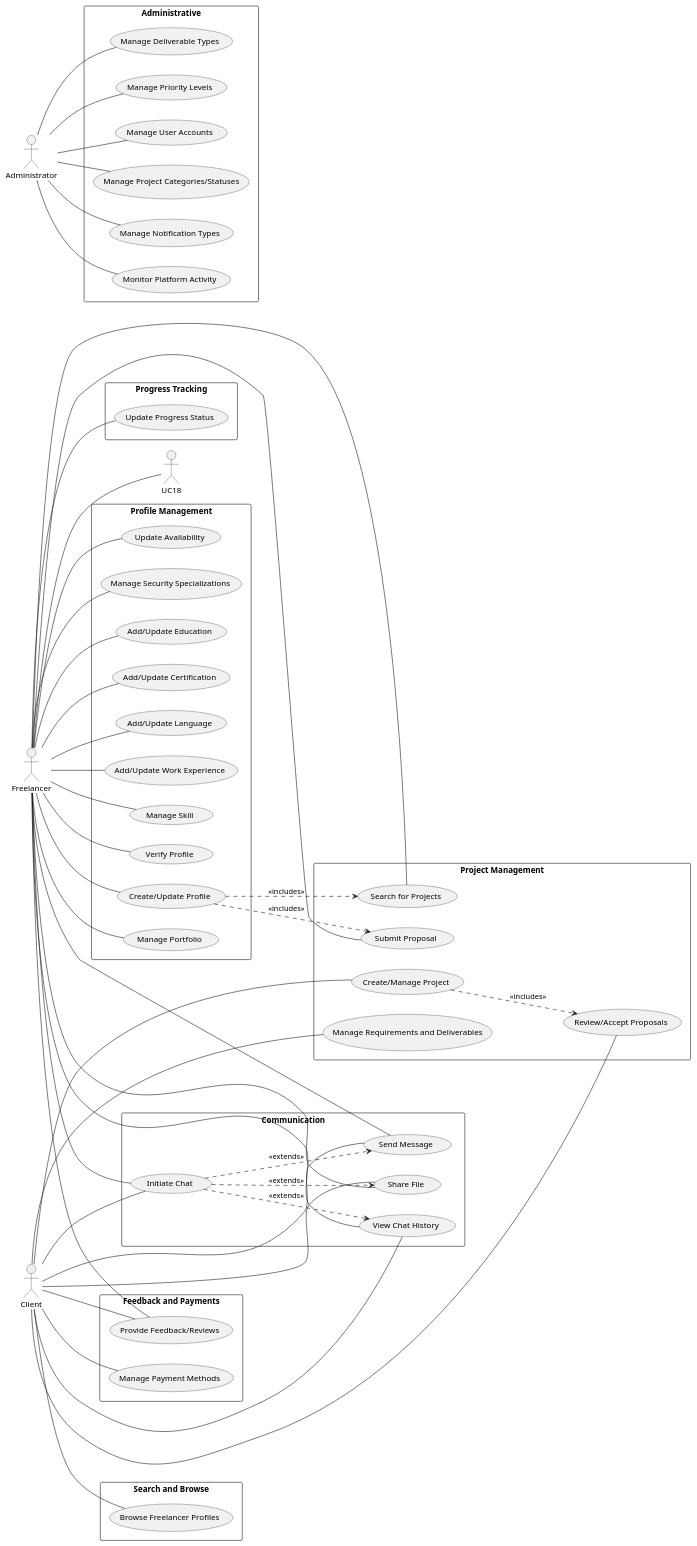
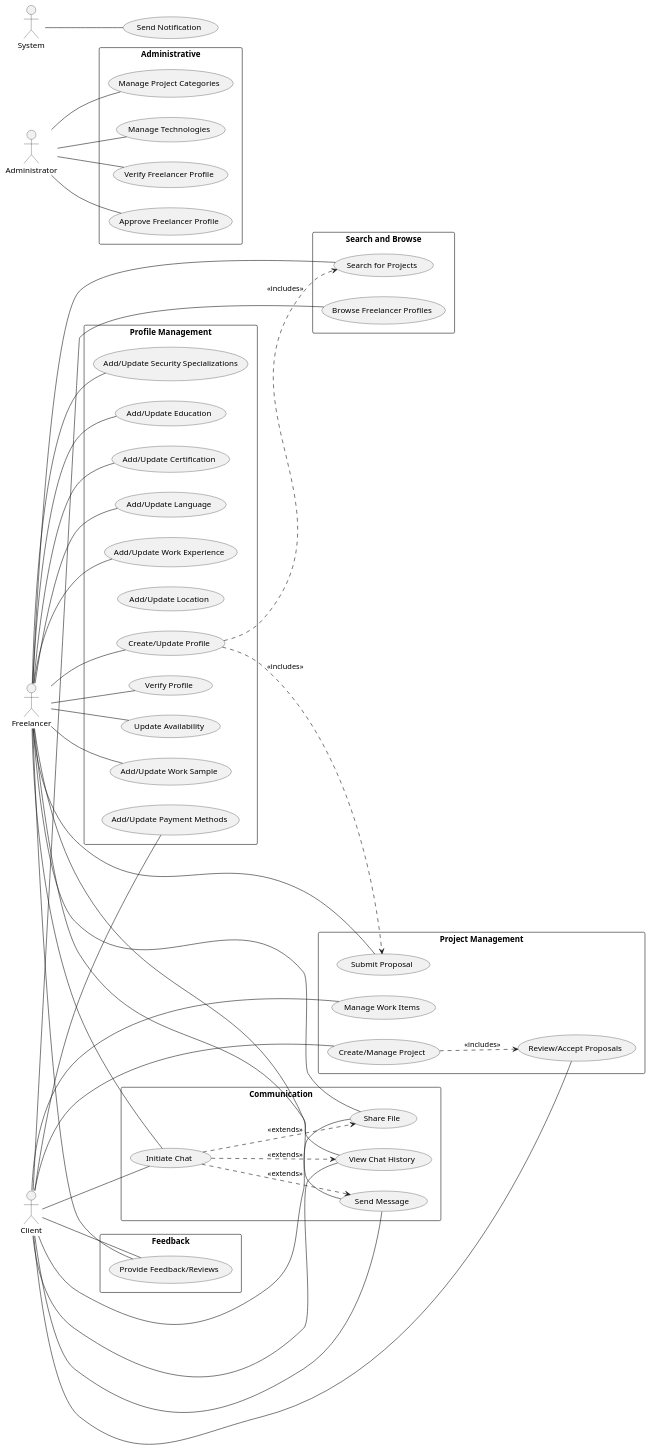
The diagram in docs/casosdeuso.puml (lucasneiva/armoredcode), drawn with PlantUML before and after one commit. The commit also changed 1 other file, not shown here.

```diff
--- a/docs/casosdeuso.puml
+++ b/docs/casosdeuso.puml
@@ -1,104 +1,98 @@
-@startuml
+@startuml teste
+
 left to right direction
 
 actor Freelancer
 actor Client
 actor Administrator
+actor System
+
+usecase "Send Notification" as UC44
+
+System -- UC44 
 
 rectangle "Profile Management" {
   usecase "Create/Update Profile" as UC1
-  usecase "Manage Portfolio" as UC2
+  usecase "Verify Profile" as UC31
   usecase "Update Availability" as UC3
-  usecase "Manage Security Specializations" as UC4
+  usecase "Add/Update Work Sample" as UC2
+  usecase "Add/Update Security Specializations" as UC4
+  usecase "Add/Update Location"
   usecase "Add/Update Education" as UC26
   usecase "Add/Update Certification" as UC27
   usecase "Add/Update Language" as UC28
   usecase "Add/Update Work Experience" as UC29
-  usecase "Manage Skill" as UC30
-  usecase "Verify Profile" as UC31
+  usecase "Add/Update Payment Methods" as UC20
 }
 
 rectangle "Project Management" {
-  usecase "Search for Projects" as UC5
   usecase "Submit Proposal" as UC6
   usecase "Create/Manage Project" as UC7
-  usecase "Manage Requirements and Deliverables" as UC8
+  usecase "Manage Work Items" as UC8
   usecase "Review/Accept Proposals" as UC9
 }
 
 rectangle "Communication" {
   usecase "Initiate Chat" as UC10
   usecase "Send Message" as UC11
   usecase "Share File" as UC12
   usecase "View Chat History" as UC13
 }
 
-rectangle "Progress Tracking" {
-  usecase "Update Progress Status" as UC14
-}
-
-rectangle "Feedback and Payments" {
+rectangle "Feedback" {
   usecase "Provide Feedback/Reviews" as UC17
-  usecase "Manage Payment Methods" as UC20
 }
 
 rectangle "Administrative" {
-  usecase "Manage Deliverable Types" as UC32
-  usecase "Manage Priority Levels" as UC33
-  usecase "Manage User Accounts" as UC21
-  usecase "Manage Project Categories/Statuses" as UC22
-  usecase "Manage Notification Types" as UC23
-  usecase "Monitor Platform Activity" as UC24
+  usecase "Manage Project Categories" as UC22
+  usecase "Manage Technologies" as UC33
+  usecase "Verify Freelancer Profile" as UC34
+  usecase "Approve Freelancer Profile" as UC35
 }
 
 rectangle "Search and Browse" {
   usecase "Search for Projects" as UC5
   usecase "Browse Freelancer Profiles" as UC25
 }
 
 Freelancer -- UC1
 Freelancer -- UC2
 Freelancer -- UC3
 Freelancer -- UC4
 Freelancer -- UC26
 Freelancer -- UC27
 Freelancer -- UC28
 Freelancer -- UC29
-Freelancer -- UC30
 Freelancer -- UC31
 Freelancer -- UC5
 Freelancer -- UC6
 Freelancer -- UC10
 Freelancer -- UC11
 Freelancer -- UC12
 Freelancer -- UC13
-Freelancer -- UC14
 Freelancer -- UC17
-Freelancer -- UC18
 
 Client -- UC7
 Client -- UC8
 Client -- UC9
 Client -- UC10
 Client -- UC11
 Client -- UC12
 Client -- UC13
 Client -- UC17
 Client -- UC20
 Client -- UC25
 
-Administrator -- UC21
+Administrator -- UC33
 Administrator -- UC22
-Administrator -- UC23
-Administrator -- UC24
-Administrator -- UC33
-Administrator -- UC32
+Administrator -- UC34
+Administrator -- UC35
 
 UC1 ..> UC5 : <<includes>>
 UC1 ..> UC6 : <<includes>>
 UC7 ..> UC9 : <<includes>>
 UC10 ..> UC11 : <<extends>>
 UC10 ..> UC12 : <<extends>>
 UC10 ..> UC13 : <<extends>>
 
 @enduml
```
